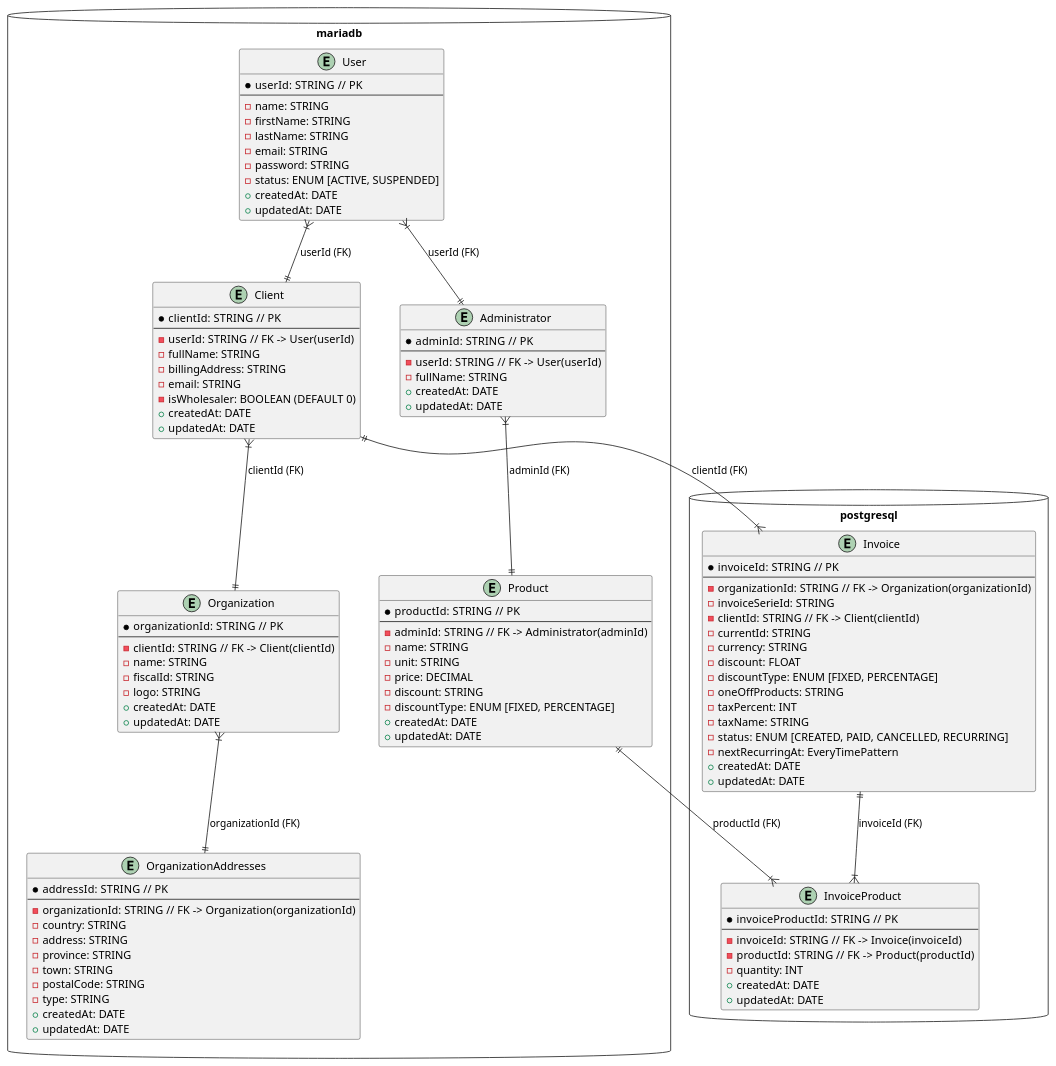
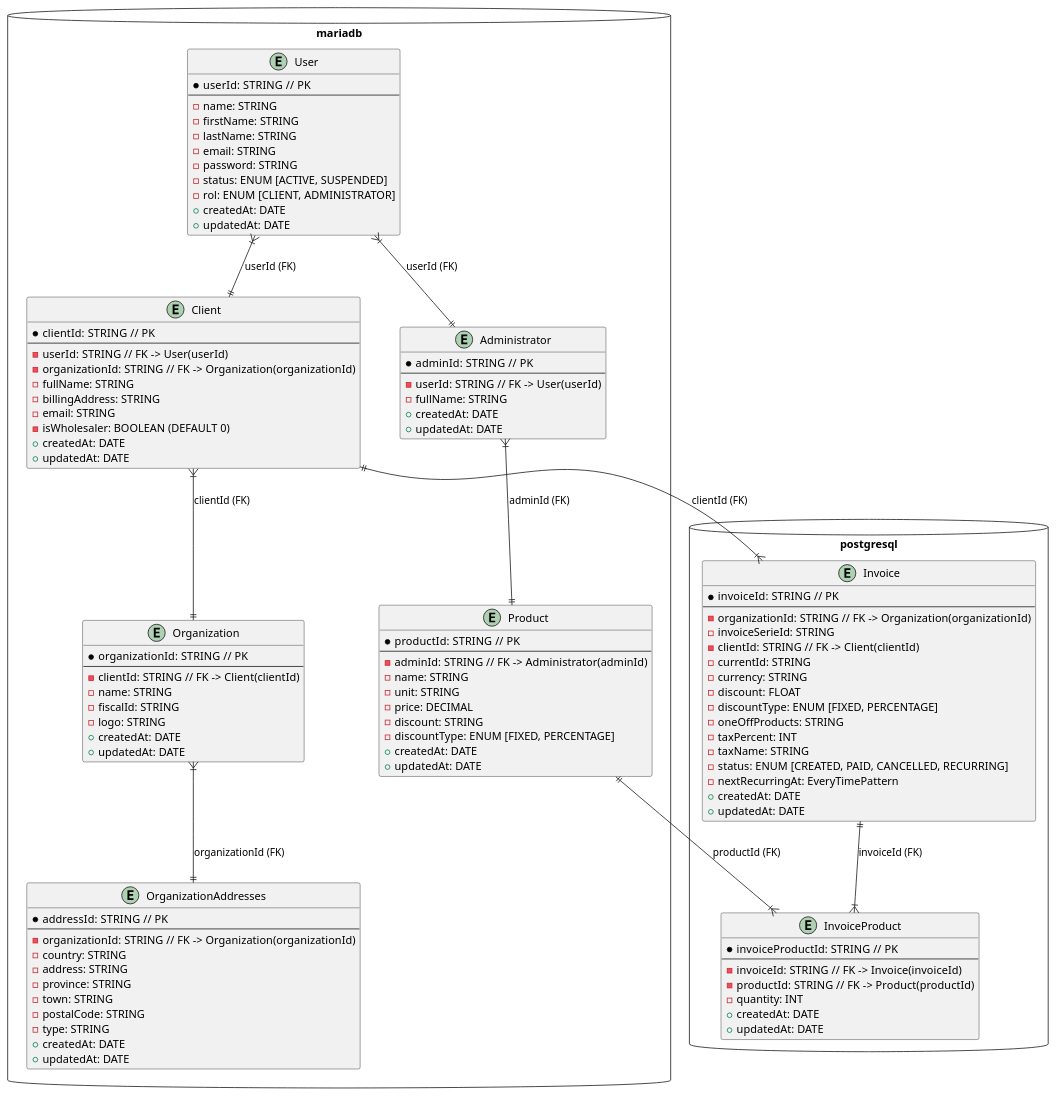
The diagram in docs/entity-diagram.puml (DanielGonzlez/TFG), drawn with PlantUML before and after one commit. The commit also changed 3 other files, not shown here.

```diff
--- a/docs/entity-diagram.puml
+++ b/docs/entity-diagram.puml
@@ -1,134 +1,135 @@
 @startuml
 
 ' Dirección vertical (de arriba a abajo)
 top to bottom direction
 
 skinparam entityPadding 20
 skinparam entityFontSize 14
 
 ' Paquete bussiness (Base de datos MariaDB)
 database mariadb {
     together {
         entity Administrator {
         * adminId: STRING  // PK
         --
         - userId: STRING  // FK -> User(userId)
         - fullName: STRING
         + createdAt: DATE
         + updatedAt: DATE
         }
 
         entity Product {
             * productId: STRING  // PK
             --
             - adminId: STRING  // FK -> Administrator(adminId)
             - name: STRING
             - unit: STRING
             - price: DECIMAL
             - discount: STRING
             - discountType: ENUM [FIXED, PERCENTAGE]
             + createdAt: DATE
             + updatedAt: DATE
         }
     }
 
     entity User {
         * userId: STRING  // PK
         --
         - name: STRING
         - firstName: STRING
         - lastName: STRING
         - email: STRING
         - password: STRING
         - status: ENUM [ACTIVE, SUSPENDED]
+        - rol: ENUM [CLIENT, ADMINISTRATOR]
         + createdAt: DATE
         + updatedAt: DATE
     }
 
     together {
         entity OrganizationAddresses {
             * addressId: STRING  // PK
             --
             - organizationId: STRING  // FK -> Organization(organizationId)
             - country: STRING
             - address: STRING
             - province: STRING
             - town: STRING
             - postalCode: STRING
             - type: STRING
             + createdAt: DATE
             + updatedAt: DATE
         }
 
         entity Organization {
             * organizationId: STRING  // PK
             --
             - clientId: STRING  // FK -> Client(clientId)
             - name: STRING
             - fiscalId: STRING
             - logo: STRING
             + createdAt: DATE
             + updatedAt: DATE
         }
 
         entity Client {
             * clientId: STRING  // PK
             --
             - userId: STRING  // FK -> User(userId)
+            - organizationId: STRING  // FK -> Organization(organizationId)
             - fullName: STRING
             - billingAddress: STRING
             - email: STRING
             - isWholesaler: BOOLEAN (DEFAULT 0)
             + createdAt: DATE
             + updatedAt: DATE
         }
     }
 }
 
 ' Paquete invoices (Base de datos PostgreSQL)
 database postgresql {
-
     entity InvoiceProduct {
         * invoiceProductId: STRING  // PK
         --
         - invoiceId: STRING  // FK -> Invoice(invoiceId)
         - productId: STRING  // FK -> Product(productId)
         - quantity: INT
         + createdAt: DATE
         + updatedAt: DATE
     }
 
     entity Invoice {
         * invoiceId: STRING  // PK
         --
         - organizationId: STRING  // FK -> Organization(organizationId)
         - invoiceSerieId: STRING
         - clientId: STRING  // FK -> Client(clientId)
         - currentId: STRING
         - currency: STRING
         - discount: FLOAT
         - discountType: ENUM [FIXED, PERCENTAGE]
         - oneOffProducts: STRING
         - taxPercent: INT
         - taxName: STRING
         - status: ENUM [CREATED, PAID, CANCELLED, RECURRING]
         - nextRecurringAt: EveryTimePattern
         + createdAt: DATE
         + updatedAt: DATE
     }
 }
 
 ' Relaciones de base de datos entre tablas
 User }|--|| Client : "userId (FK)"
 User }|--|| Administrator : "userId (FK)"
 Administrator }|--|| Product : "adminId (FK)"
 
 Client }|--|| Organization : "clientId (FK)"
 Client ||--|{ Invoice : "clientId (FK)"
 
 Organization }|--|| OrganizationAddresses : "organizationId (FK)"
 
 Invoice ||--|{ InvoiceProduct : "invoiceId (FK)"
-InvoiceProduct }|--|| Product : "productId (FK)" 
+InvoiceProduct }|--|| Product : "productId (FK)"
 
 @enduml
```
